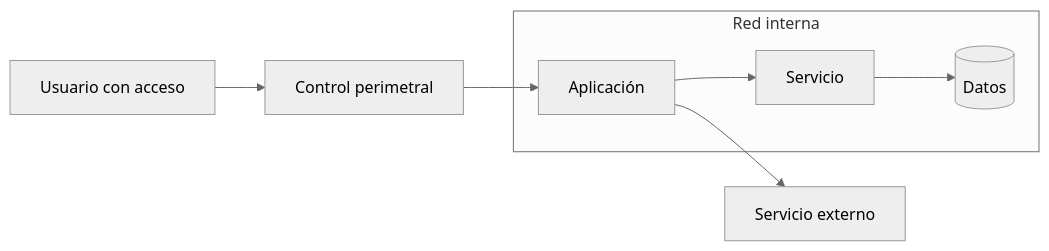
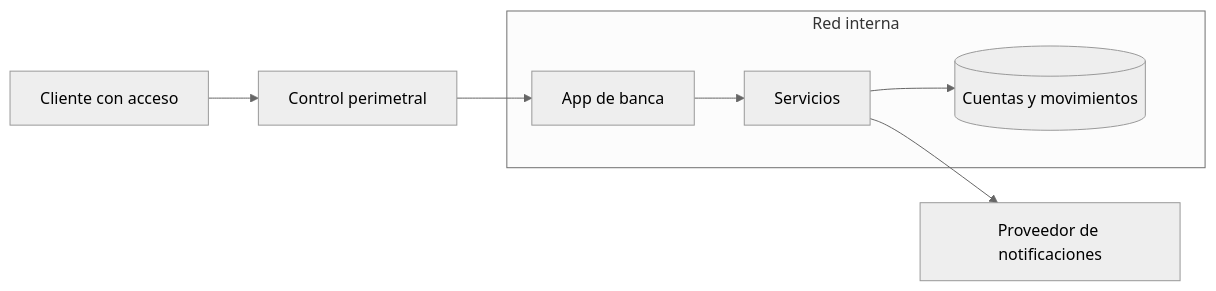
One commit to carlosmgc2003/slides-cuc-2026 changed the second of 7 diagrams in slides-clase-1.md. Above: the diagram before and after it, drawn with Mermaid (neutral theme). The commit also changed other lines of this file and 2 other files, not shown here.

First line of the commit message:
Unify class 1 around the banking app case study

````diff
--- a/slides-clase-1.md
+++ b/slides-clase-1.md
@@ -184,9 +212,9 @@
 ```mermaid
 flowchart LR
-  U[Usuario con acceso] --> F[Control perimetral]
+  U[Cliente con acceso] --> F[Control perimetral]
   subgraph R[Red interna]
-    A[Aplicación] --> S[Servicio] --> D[(Datos)]
+    A[App de banca] --> S[Servicios] --> D[(Cuentas y movimientos)]
   end
   F --> A
-  A --> X[Servicio externo]
+  S --> X[Proveedor de notificaciones]
 ```
````
